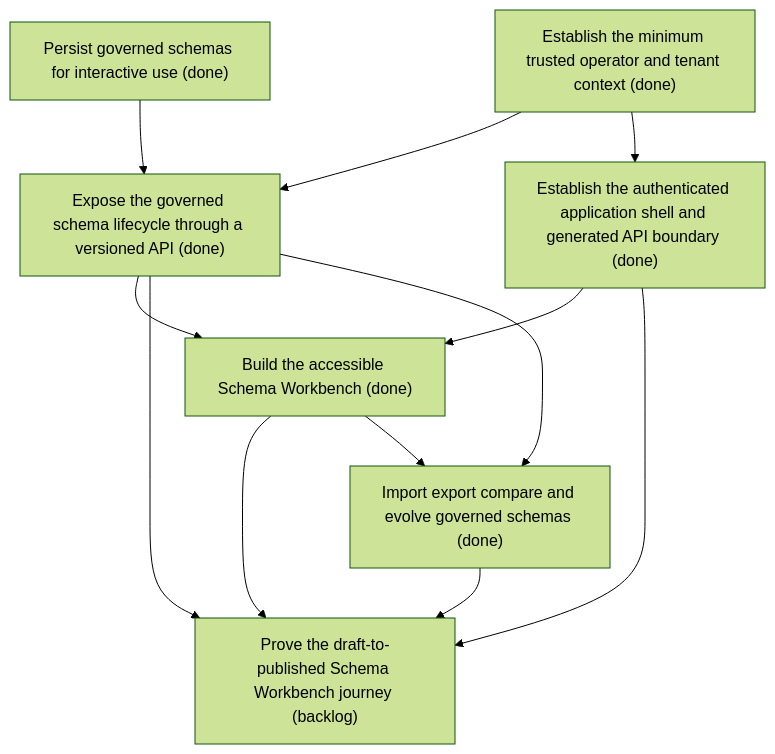
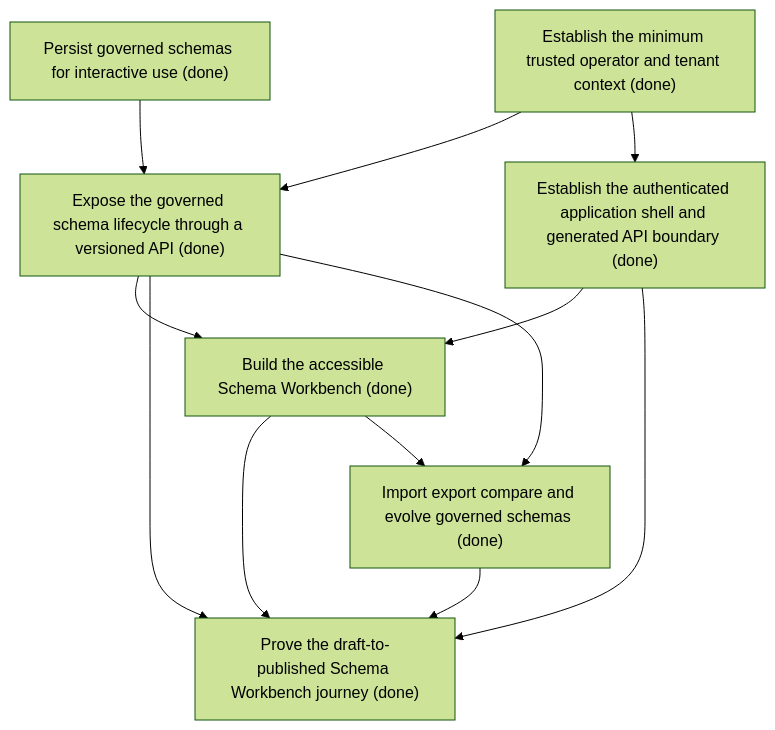
One commit to asadayoub/Evidentia changed the diagram in .skyhook/plan/epics/37GEDS1AHPKD75TVFA4TGN1VD4.md. Above: the diagram before and after it, drawn with Mermaid (forest theme). The commit also changed other lines of this file and 50 other files, not shown here.

Commit message:
chore(skyhook): complete schema workbench journey

````diff
--- a/.skyhook/plan/epics/37GEDS1AHPKD75TVFA4TGN1VD4.md
+++ b/.skyhook/plan/epics/37GEDS1AHPKD75TVFA4TGN1VD4.md
@@ -26,21 +26,21 @@
 ```mermaid
 flowchart TD
     0VJ9SHA39TA291D8QXB0TQS3HQ["Persist governed schemas for interactive use (done)"]
     N1ZNPJWFZYPV0MVB8FP137GRJP["Establish the minimum trusted operator and tenant context (done)"]
     X51S43NTMRW5ASYSKJBF7FW845["Expose the governed schema lifecycle through a versioned API (done)"]
     0VJ9SHA39TA291D8QXB0TQS3HQ --> X51S43NTMRW5ASYSKJBF7FW845
     N1ZNPJWFZYPV0MVB8FP137GRJP --> X51S43NTMRW5ASYSKJBF7FW845
     H98W5WTJBWT8EY0Q10P3KPCEEB["Build the accessible Schema Workbench (done)"]
     STORY-017 --> H98W5WTJBWT8EY0Q10P3KPCEEB
     X51S43NTMRW5ASYSKJBF7FW845 --> H98W5WTJBWT8EY0Q10P3KPCEEB
-    265YM4FNANJAH2J338BKAWFXDM["Prove the draft-to-published Schema Workbench journey (backlog)"]
+    265YM4FNANJAH2J338BKAWFXDM["Prove the draft-to-published Schema Workbench journey (done)"]
     STORY-017 --> 265YM4FNANJAH2J338BKAWFXDM
     X51S43NTMRW5ASYSKJBF7FW845 --> 265YM4FNANJAH2J338BKAWFXDM
     H98W5WTJBWT8EY0Q10P3KPCEEB --> 265YM4FNANJAH2J338BKAWFXDM
     STORY-018 --> 265YM4FNANJAH2J338BKAWFXDM
     STORY-017["Establish the authenticated application shell and generated API boundary (done)"]
     N1ZNPJWFZYPV0MVB8FP137GRJP --> STORY-017
     STORY-018["Import export compare and evolve governed schemas (done)"]
     X51S43NTMRW5ASYSKJBF7FW845 --> STORY-018
     H98W5WTJBWT8EY0Q10P3KPCEEB --> STORY-018
 ```
````
